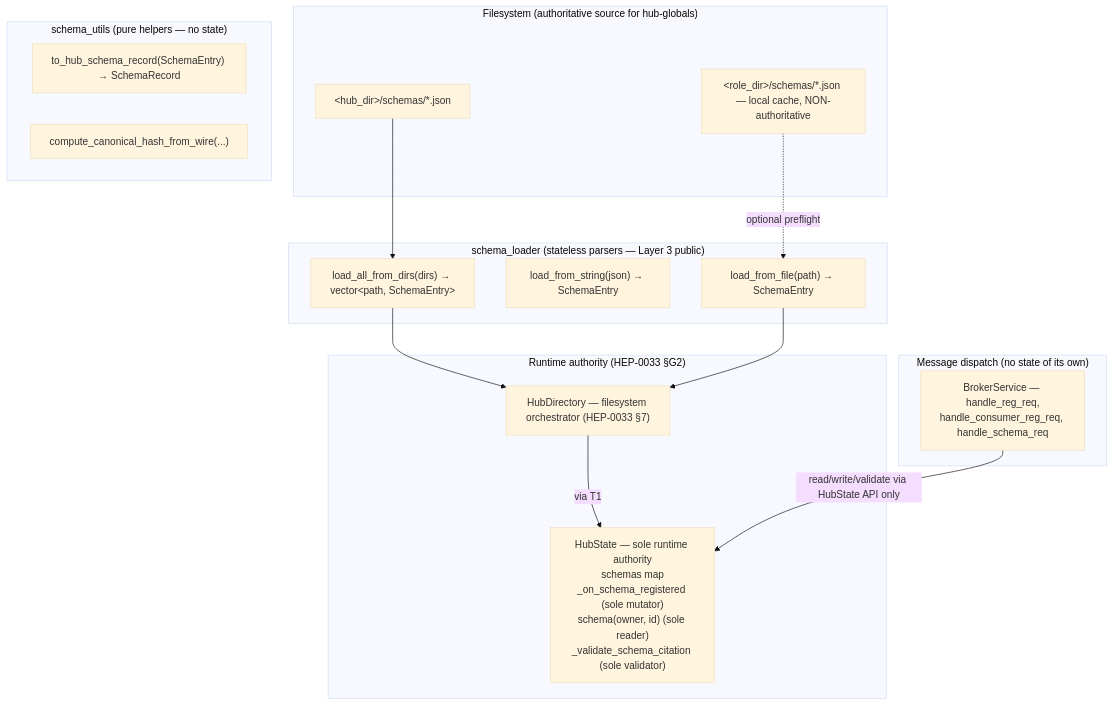
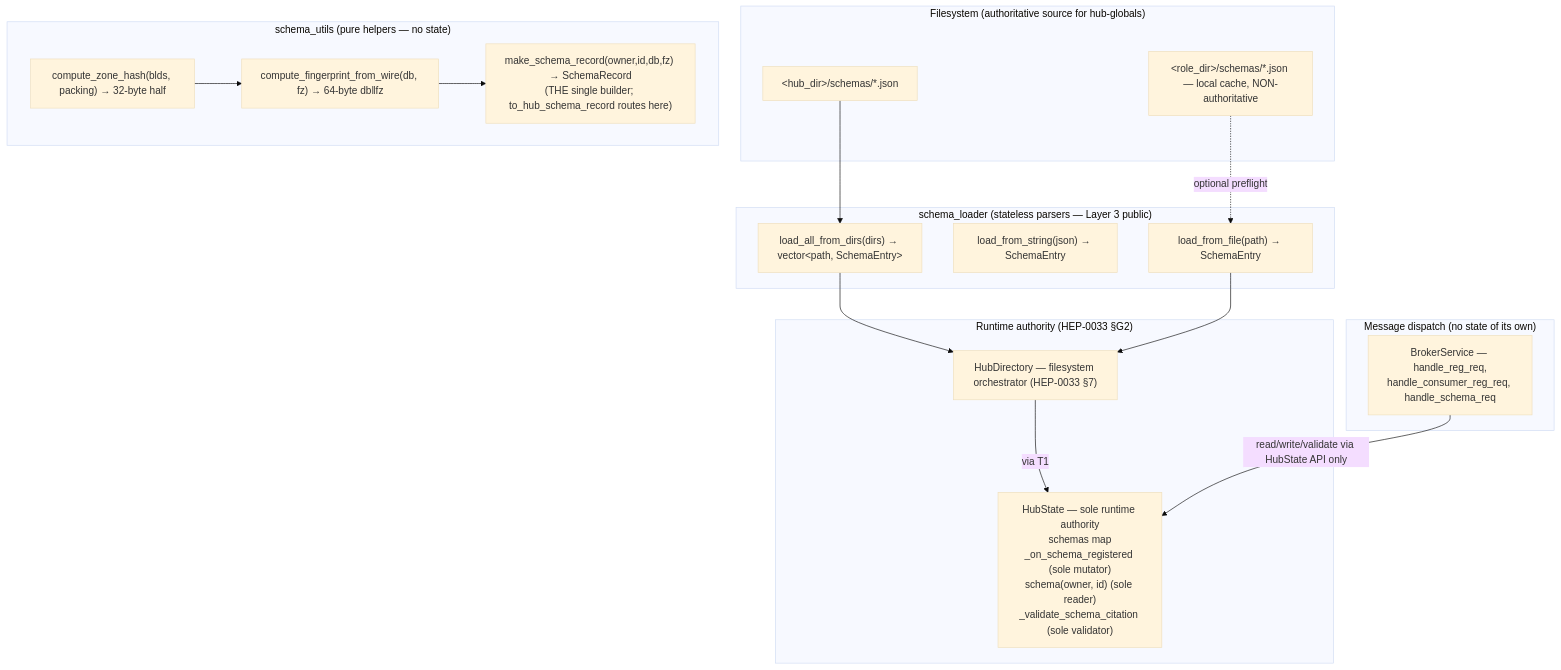
Before and after one commit to Qing-LAB/pylabhub: the first of 6 diagrams in docs/HEP/HEP-CORE-0034-Schema-Registry.md, drawn with Mermaid (base theme). The commit also changed other lines of this file and 25 other files, not shown here.

````diff
--- a/docs/HEP/HEP-CORE-0034-Schema-Registry.md
+++ b/docs/HEP/HEP-CORE-0034-Schema-Registry.md
@@ -122,34 +125,36 @@
 ```mermaid
 flowchart TB
     subgraph FS["Filesystem (authoritative source for hub-globals)"]
         HD["&lt;hub_dir&gt;/schemas/*.json"]
         RD["&lt;role_dir&gt;/schemas/*.json — local cache, NON-authoritative"]
     end
 
     subgraph PARSE["schema_loader (stateless parsers — Layer 3 public)"]
         L1["load_from_file(path) → SchemaEntry"]
         L2["load_from_string(json) → SchemaEntry"]
         L3["load_all_from_dirs(dirs) → vector&lt;path, SchemaEntry&gt;"]
     end
 
     subgraph XLATE["schema_utils (pure helpers — no state)"]
-        T1["to_hub_schema_record(SchemaEntry) → SchemaRecord"]
-        T2["compute_canonical_hash_from_wire(...)"]
+        T0["compute_zone_hash(blds, packing) → 32-byte half"]
+        T2["compute_fingerprint_from_wire(db, fz) → 64-byte db‖fz"]
+        T1["make_schema_record(owner,id,db,fz) → SchemaRecord<br/>(THE single builder; to_hub_schema_record routes here)"]
+        T0 --> T2 --> T1
     end
 
     subgraph AUTH["Runtime authority (HEP-0033 §G2)"]
         HDIR["HubDirectory — filesystem orchestrator (HEP-0033 §7)"]
         HS["HubState — sole runtime authority<br/>schemas map<br/>_on_schema_registered (sole mutator)<br/>schema(owner, id) (sole reader)<br/>_validate_schema_citation (sole validator)"]
     end
 
     subgraph DISP["Message dispatch (no state of its own)"]
         BS["BrokerService — handle_reg_req,<br/>handle_consumer_reg_req, handle_schema_req"]
     end
 
     HD --> L3
     RD -.optional preflight.-> L1
     L3 --> HDIR
     L1 --> HDIR
     HDIR -->|via T1| HS
     BS -->|read/write/validate via HubState API only| HS
 ```
````
